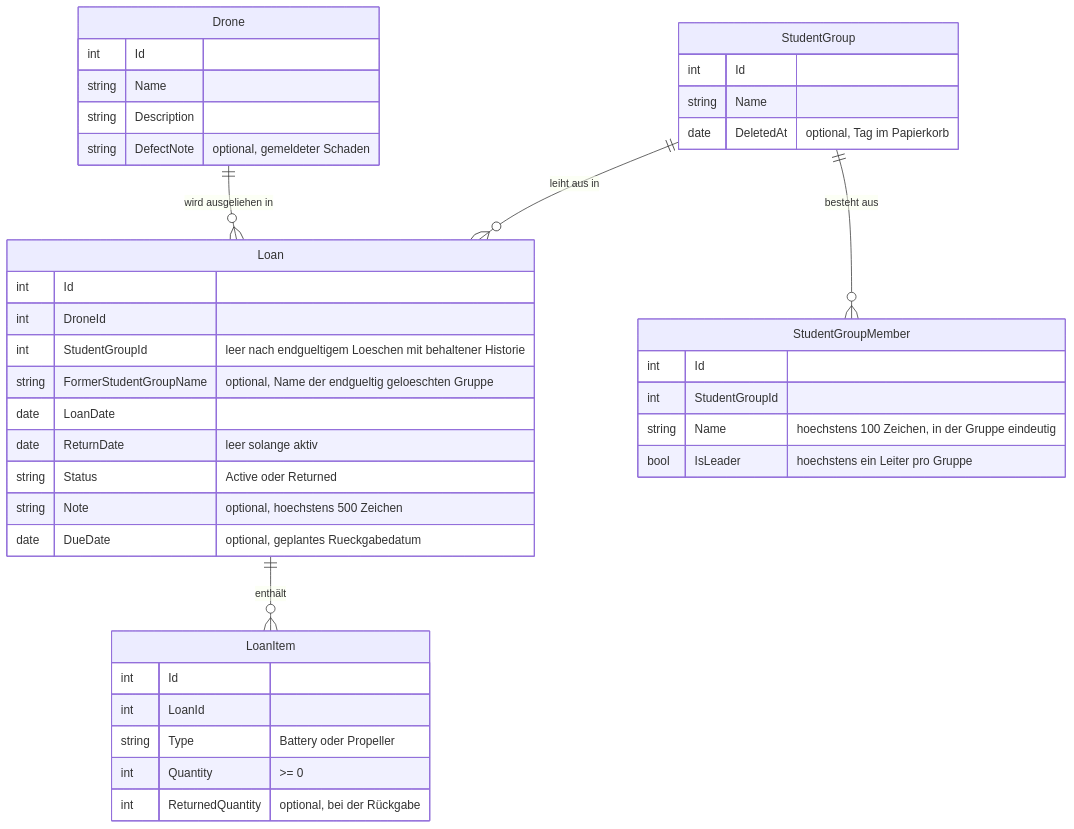
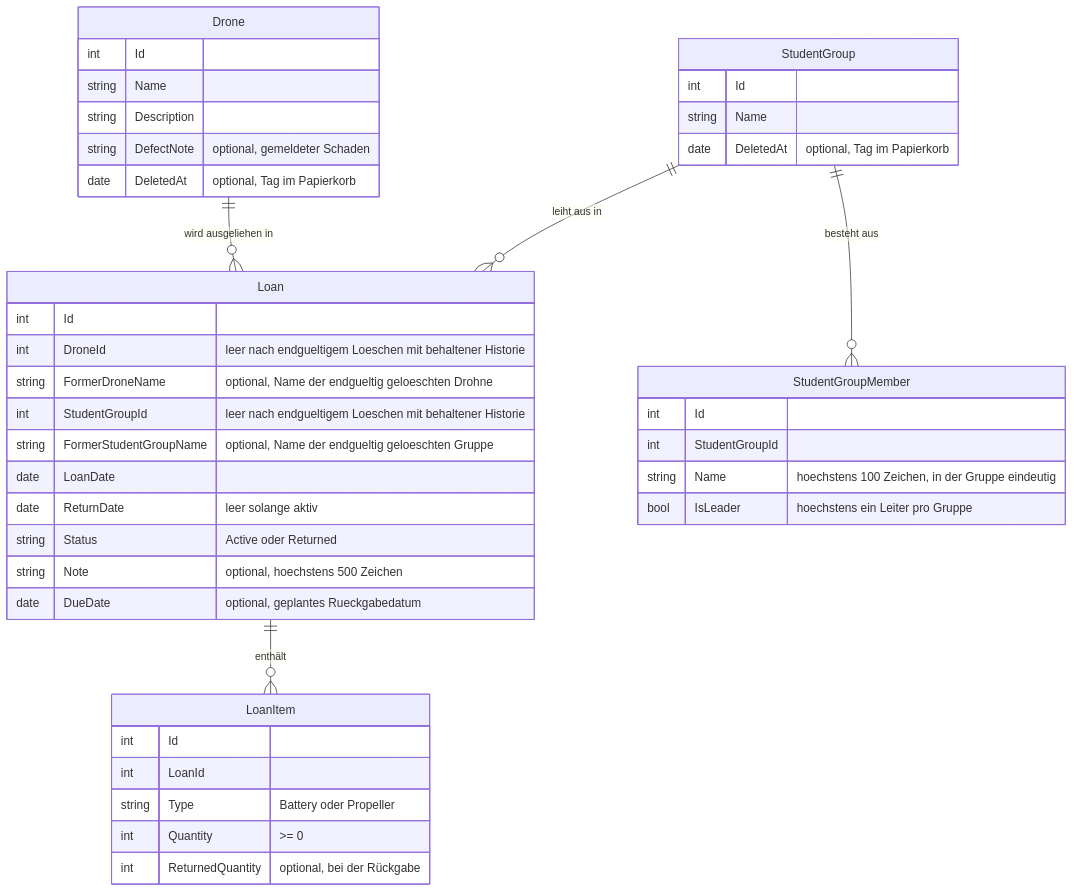
One commit to AntonGschwendtner/Drohnenverwaltung_Gschwendtner_Sonnleitner changed the diagram in docs/domain-model.md. Above: the diagram before and after it, drawn with Mermaid. The commit also changed other lines of this file and 5 other files, not shown here.

````diff
--- a/docs/domain-model.md
+++ b/docs/domain-model.md
@@ -22,43 +22,45 @@
 ```mermaid
 erDiagram
     Drone ||--o{ Loan : "wird ausgeliehen in"
     StudentGroup ||--o{ Loan : "leiht aus in"
     StudentGroup ||--o{ StudentGroupMember : "besteht aus"
     Loan ||--o{ LoanItem : "enthält"
 
     Drone {
         int Id
         string Name
         string Description
         string DefectNote "optional, gemeldeter Schaden"
+        date DeletedAt "optional, Tag im Papierkorb"
     }
     StudentGroup {
         int Id
         string Name
         date DeletedAt "optional, Tag im Papierkorb"
     }
     StudentGroupMember {
         int Id
         int StudentGroupId
         string Name "hoechstens 100 Zeichen, in der Gruppe eindeutig"
         bool IsLeader "hoechstens ein Leiter pro Gruppe"
     }
     Loan {
         int Id
-        int DroneId
+        int DroneId "leer nach endgueltigem Loeschen mit behaltener Historie"
+        string FormerDroneName "optional, Name der endgueltig geloeschten Drohne"
         int StudentGroupId "leer nach endgueltigem Loeschen mit behaltener Historie"
         string FormerStudentGroupName "optional, Name der endgueltig geloeschten Gruppe"
         date LoanDate
         date ReturnDate "leer solange aktiv"
         string Status "Active oder Returned"
         string Note "optional, hoechstens 500 Zeichen"
         date DueDate "optional, geplantes Rueckgabedatum"
     }
     LoanItem {
         int Id
         int LoanId
         string Type "Battery oder Propeller"
         int Quantity ">= 0"
         int ReturnedQuantity "optional, bei der Rückgabe"
     }
 ```
````
